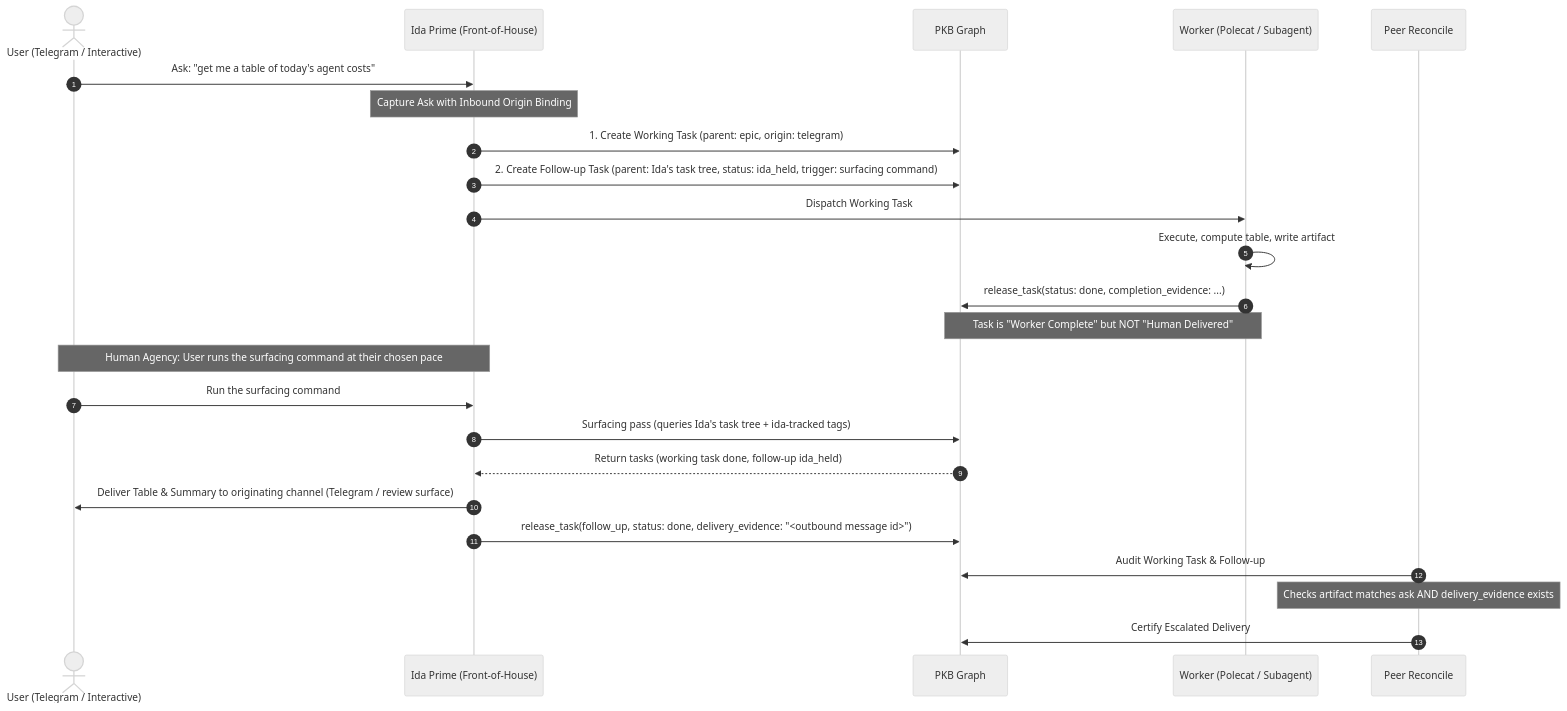
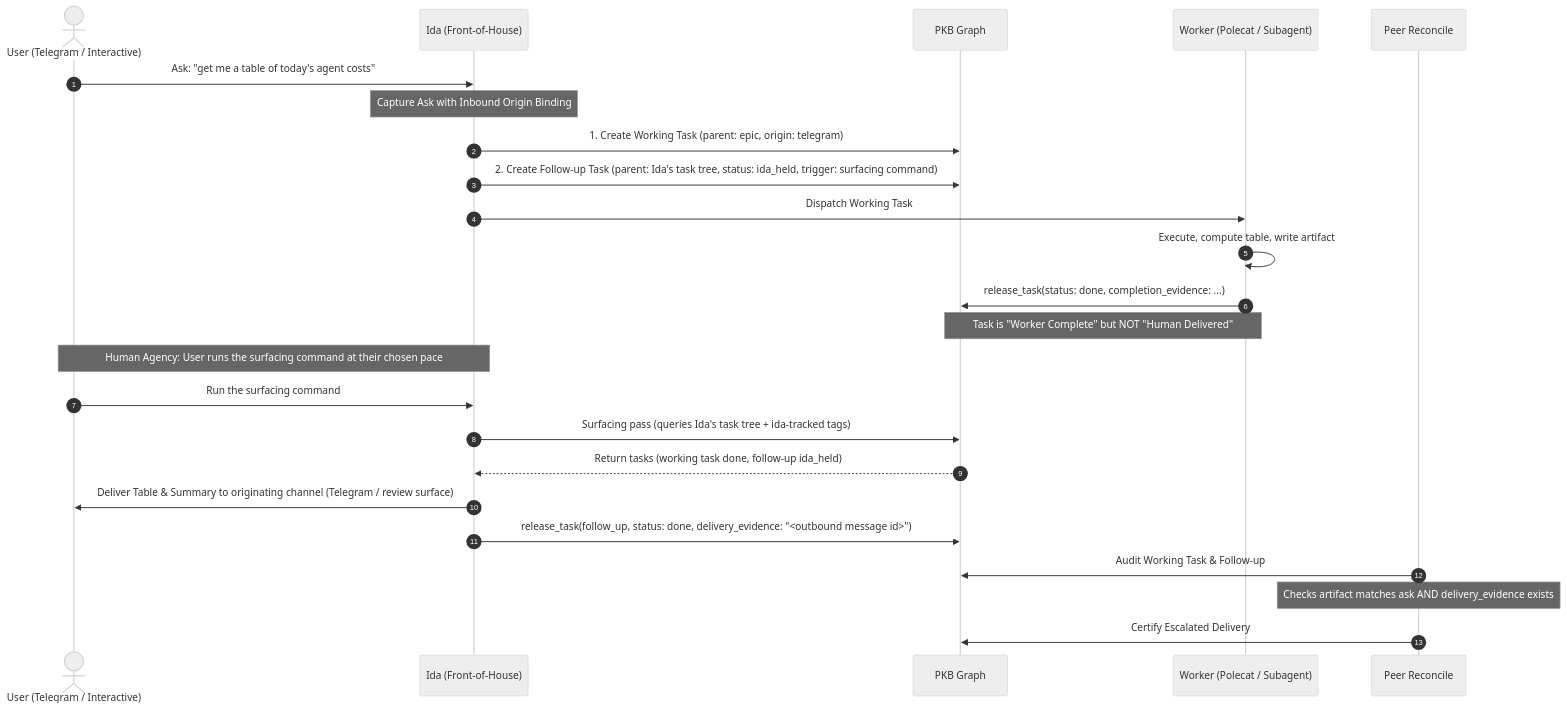
The diagram in specs/enforcement/escalated-delivery-contract.md (nicsuzor/academicOps), drawn with Mermaid (neutral theme) before and after one commit. The commit also changed other lines of this file and 54 other files, not shown here.

````diff
--- a/specs/enforcement/escalated-delivery-contract.md
+++ b/specs/enforcement/escalated-delivery-contract.md
@@ -60,29 +58,29 @@
 ```mermaid
 sequenceDiagram
     autonumber
     actor User as User (Telegram / Interactive)
-    participant Ida as Ida Prime (Front-of-House)
+    participant Ida as Ida (Front-of-House)
     participant PKB as PKB Graph
     participant Worker as Worker (Polecat / Subagent)
     participant Reconcile as Peer Reconcile
 
     User->>Ida: Ask: "get me a table of today's agent costs"
     Note over Ida: Capture Ask with Inbound Origin Binding
     Ida->>PKB: 1. Create Working Task (parent: epic, origin: telegram)
     Ida->>PKB: 2. Create Follow-up Task (parent: Ida's task tree, status: ida_held, trigger: surfacing command)
     Ida->>Worker: Dispatch Working Task
     Worker->>Worker: Execute, compute table, write artifact
     Worker->>PKB: release_task(status: done, completion_evidence: ...)
     Note over Worker,PKB: Task is "Worker Complete" but NOT "Human Delivered"
     
     Note over User,Ida: Human Agency: User runs the surfacing command at their chosen pace
     User->>Ida: Run the surfacing command
     Ida->>PKB: Surfacing pass (queries Ida's task tree + ida-tracked tags)
     PKB-->>Ida: Return tasks (working task done, follow-up ida_held)
     Ida->>User: Deliver Table & Summary to originating channel (Telegram / review surface)
     Ida->>PKB: release_task(follow_up, status: done, delivery_evidence: "<outbound message id>")
     
     Reconcile->>PKB: Audit Working Task & Follow-up
     Note over Reconcile: Checks artifact matches ask AND delivery_evidence exists
     Reconcile->>PKB: Certify Escalated Delivery
 ```
````
